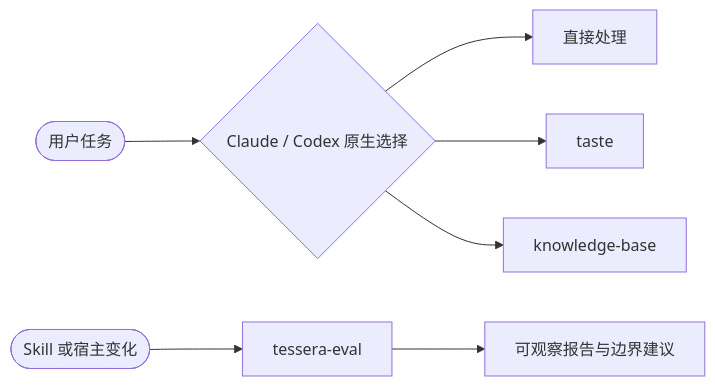
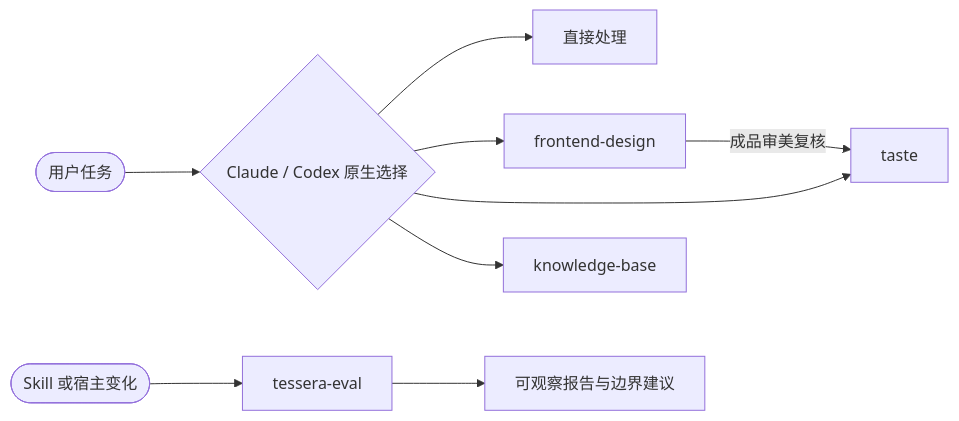
The diagram in README.md (gloamere/Tessera), drawn with Mermaid before and after one commit. The commit also changed other lines of this file and 79 other files, not shown here.

Commit message:
feat: add frontend design core plugin

````diff
--- a/README.md
+++ b/README.md
@@ -24,9 +25,11 @@
 ```mermaid
 flowchart LR
     U([用户任务]) --> H{Claude / Codex 原生选择}
     H --> D[直接处理]
+    H --> F[frontend-design]
+    F -->|成品审美复核| T[taste]
     H --> T[taste]
     H --> K[knowledge-base]
     C([Skill 或宿主变化]) --> E[tessera-eval]
     E --> R[可观察报告与边界建议]
 ```
````
